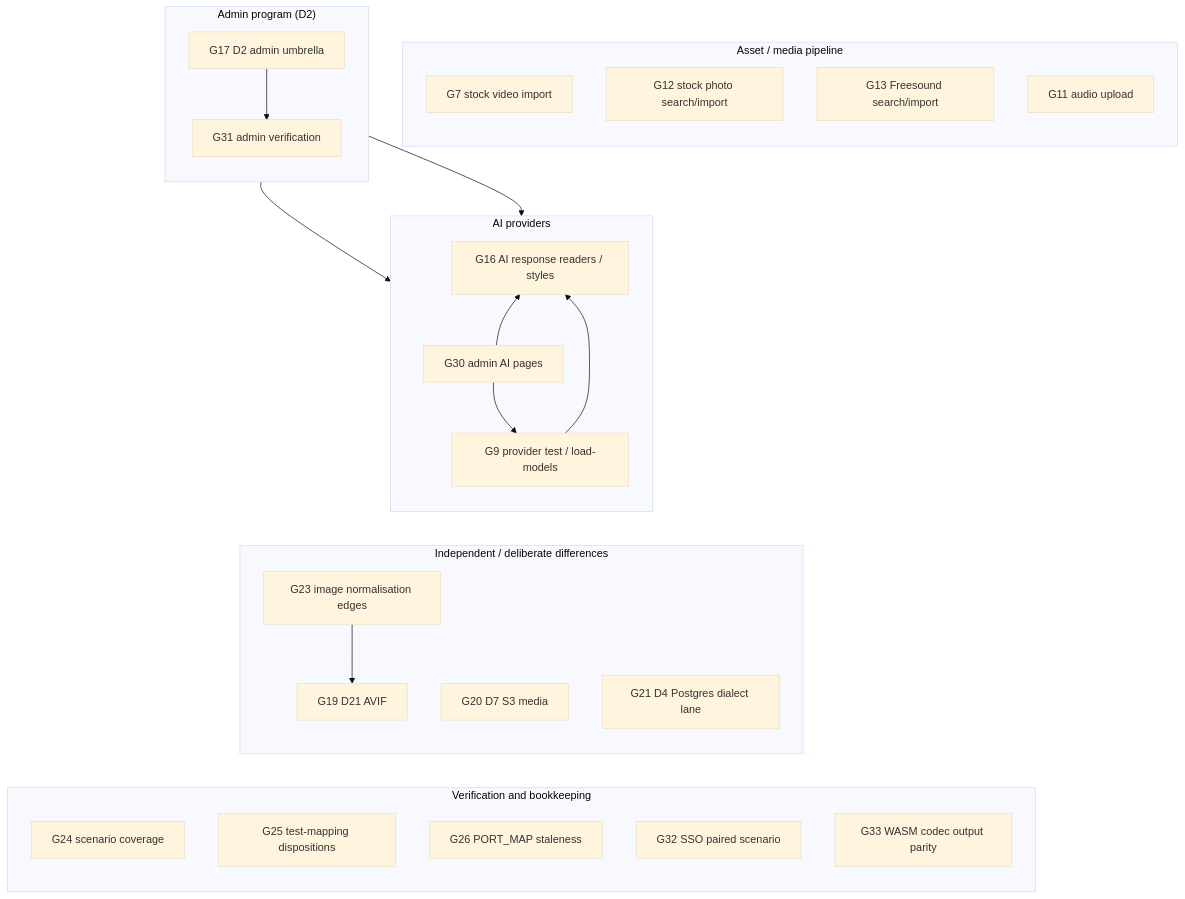
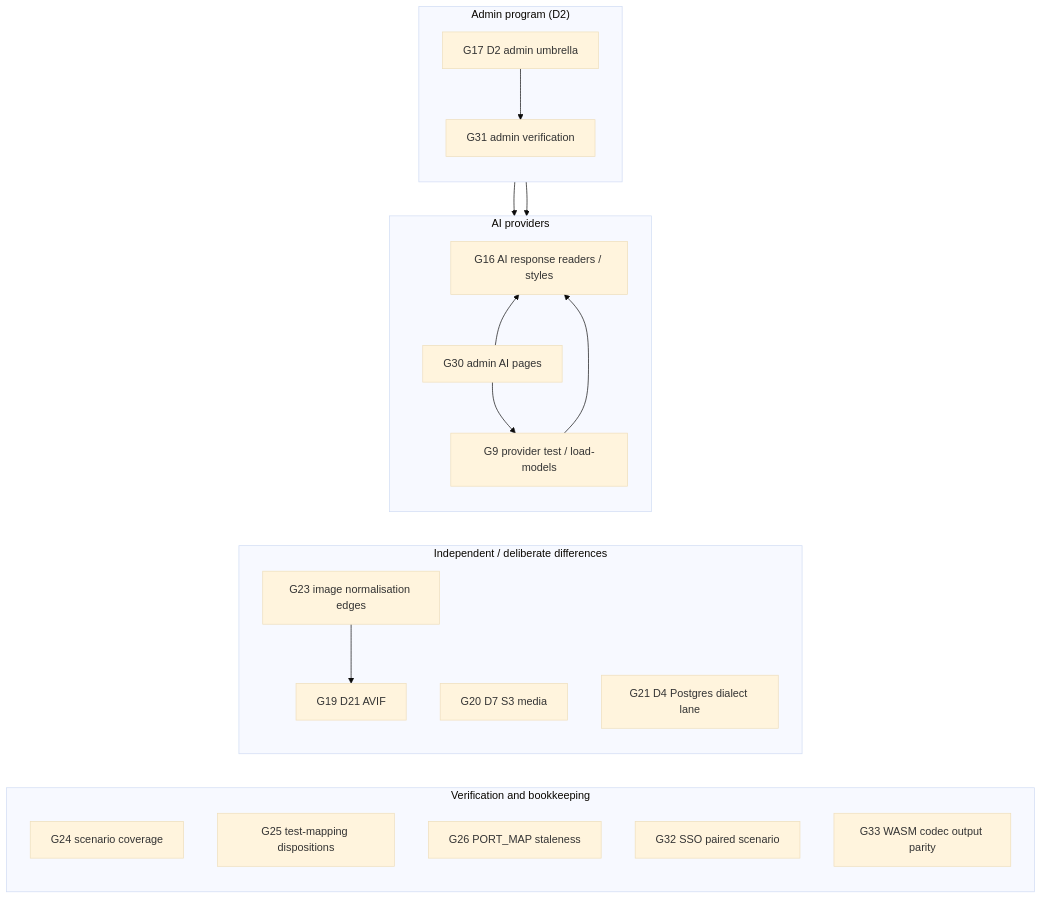
The diagram in docs/parity/GAPS.md (liyu1981/doory-go), drawn with Mermaid (base theme) before and after one commit. The commit also changed other lines of this file and 17 other files, not shown here.

First line of the commit message:
Close the stock and audio gaps

````diff
--- a/docs/parity/GAPS.md
+++ b/docs/parity/GAPS.md
@@ -33,62 +33,51 @@
 ```mermaid
 flowchart TB
-  %% asset / media pipeline
-  subgraph Media["Asset / media pipeline"]
-    direction TB
-    G7["G7 stock video import"]
-    G12["G12 stock photo search/import"]
-    G13["G13 Freesound search/import"]
-    G11["G11 audio upload"]
-
-  end
-
   %% AI
   subgraph AI["AI providers"]
     direction TB
     G16["G16 AI response readers / styles"]
     G9["G9 provider test / load-models"]
     G30["G30 admin AI pages"]
 
     G9 --> G16
     G30 --> G9
     G30 --> G16
   end
 
   %% admin program
   subgraph Admin["Admin program (D2)"]
     direction TB
     G17["G17 D2 admin umbrella"]
     G31["G31 admin verification"]
 
     G17 --> G30
     G17 --> G31
     G31 --> G30
   end
 
   %% independent deliberate differences
   subgraph Differences["Independent / deliberate differences"]
     direction TB
     G19["G19 D21 AVIF"]
     G20["G20 D7 S3 media"]
     G21["G21 D4 Postgres dialect lane"]
     G23["G23 image normalisation edges"]
 
     G23 --> G19
   end
 
   %% verification / bookkeeping (not feature prerequisites)
   subgraph Verification["Verification and bookkeeping"]
     direction TB
     G24["G24 scenario coverage"]
     G25["G25 test-mapping dispositions"]
     G26["G26 PORT_MAP staleness"]
     G32["G32 SSO paired scenario"]
     G33["G33 WASM codec output parity"]
   end
 
   %% Layout-only links: keep the clusters stacked vertically (they are invisible).
-  G11 ~~~ G16
   G16 ~~~ G30
   G30 ~~~ G19
   G19 ~~~ G24
 ```
````
